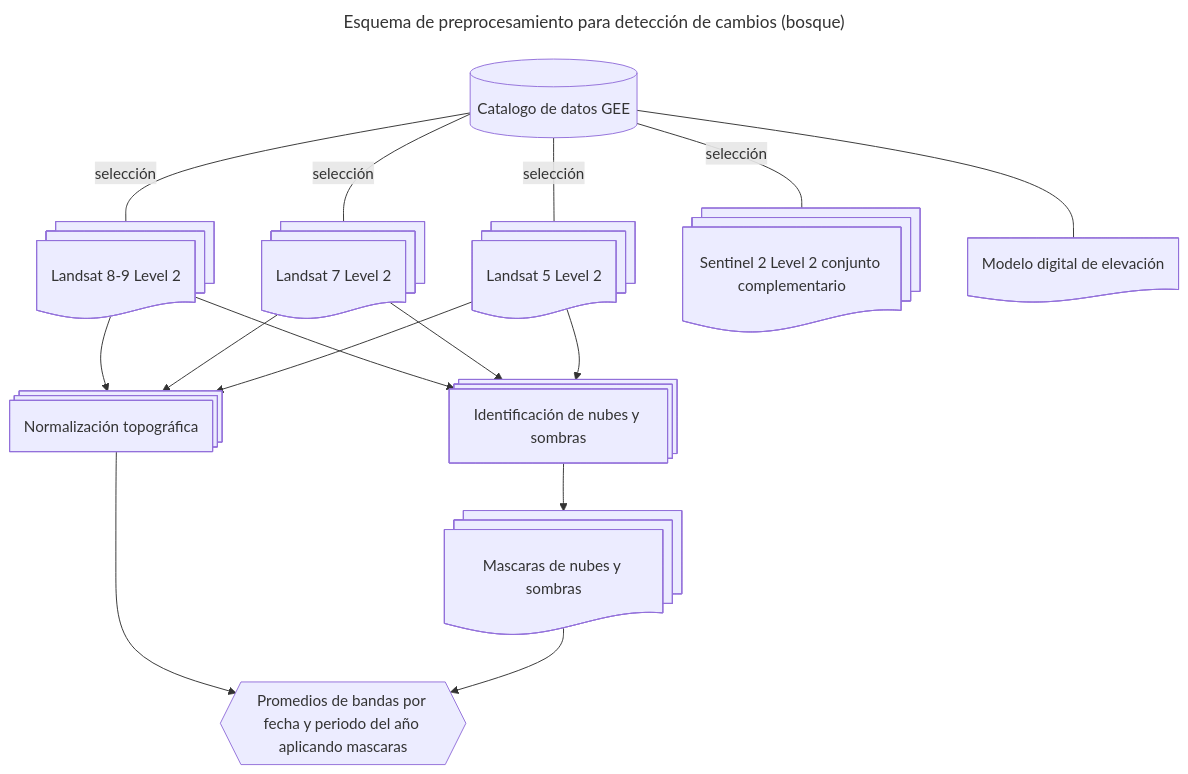
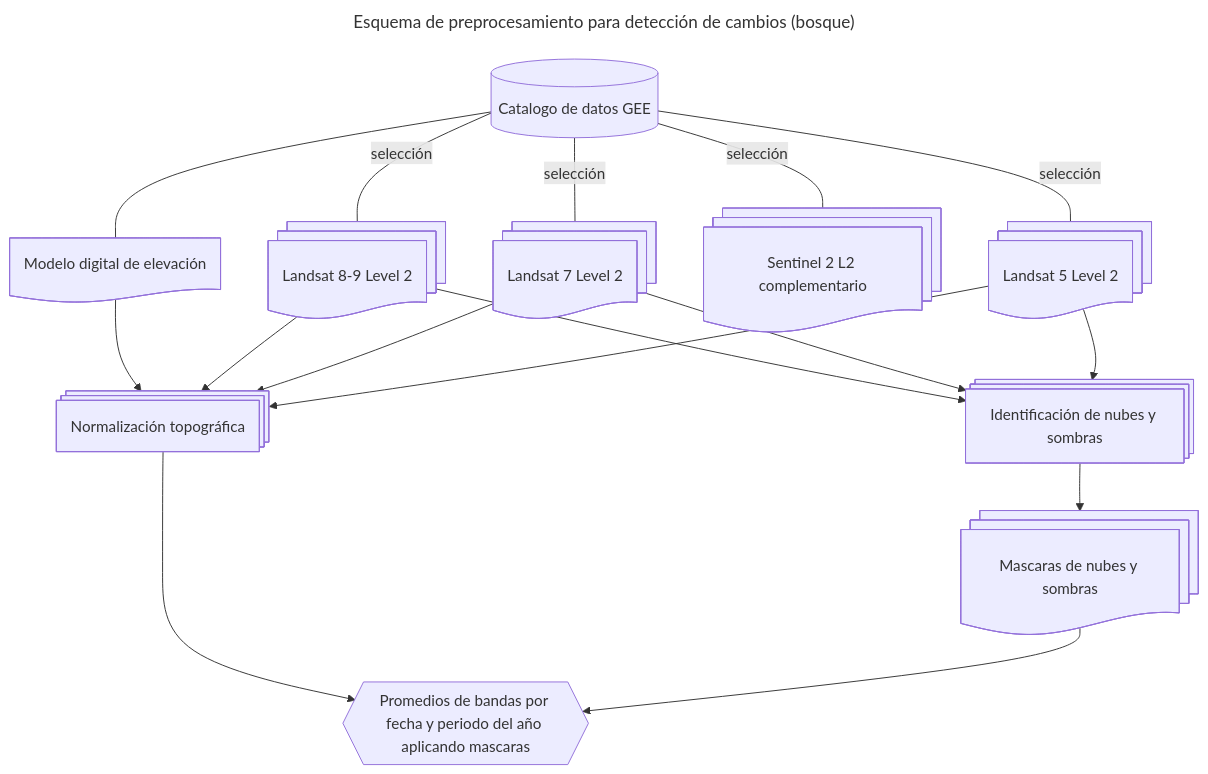
One commit to vshalisko/GEE changed the diagram in ANPs/Esquema_preprocesamiento.mermaid. Above: the diagram before and after it, drawn with Mermaid.

```diff
--- a/ANPs/Esquema_preprocesamiento.mermaid
+++ b/ANPs/Esquema_preprocesamiento.mermaid
@@ -1,34 +1,35 @@
 ---
 title: Esquema de preprocesamiento para detección de cambios (bosque)
 ---
 flowchart TD
     gee1[(Catalogo de datos GEE)]
     Landsat8@{ shape: docs, label: Landsat 8-9 Level 2}
     Landsat7@{ shape: docs, label: Landsat 7 Level 2}
     Landsat5@{ shape: docs, label: Landsat 5 Level 2}
-    Sentinel2@{ shape: docs, label: Sentinel 2 Level 2 conjunto complementario}
+    Sentinel2@{ shape: docs, label: Sentinel 2 L2 complementario}
     MDE@{ shape: doc, label: Modelo digital de elevación}
     
     INS@{ shape: procs, label: "Identificación de nubes y sombras"}
     MNS@{ shape: docs, label: "Mascaras de nubes y sombras"}
     NT@{ shape: procs, label: "Normalización topográfica"}
     Combinacion@{ shape: hex, label: "Promedios de bandas por fecha y periodo del año aplicando mascaras" }
 
 
     gee1---|selección|Landsat8
     gee1---|selección|Landsat7
     gee1---|selección|Landsat5
     gee1---|selección|Sentinel2
     gee1---MDE
 
     Landsat8-->INS
     Landsat7-->INS
     Landsat5-->INS
 
+    MDE-->NT
     Landsat8-->NT
     Landsat7-->NT
     Landsat5-->NT
 
     INS-->MNS
     NT-->Combinacion
     MNS-->Combinacion
```
